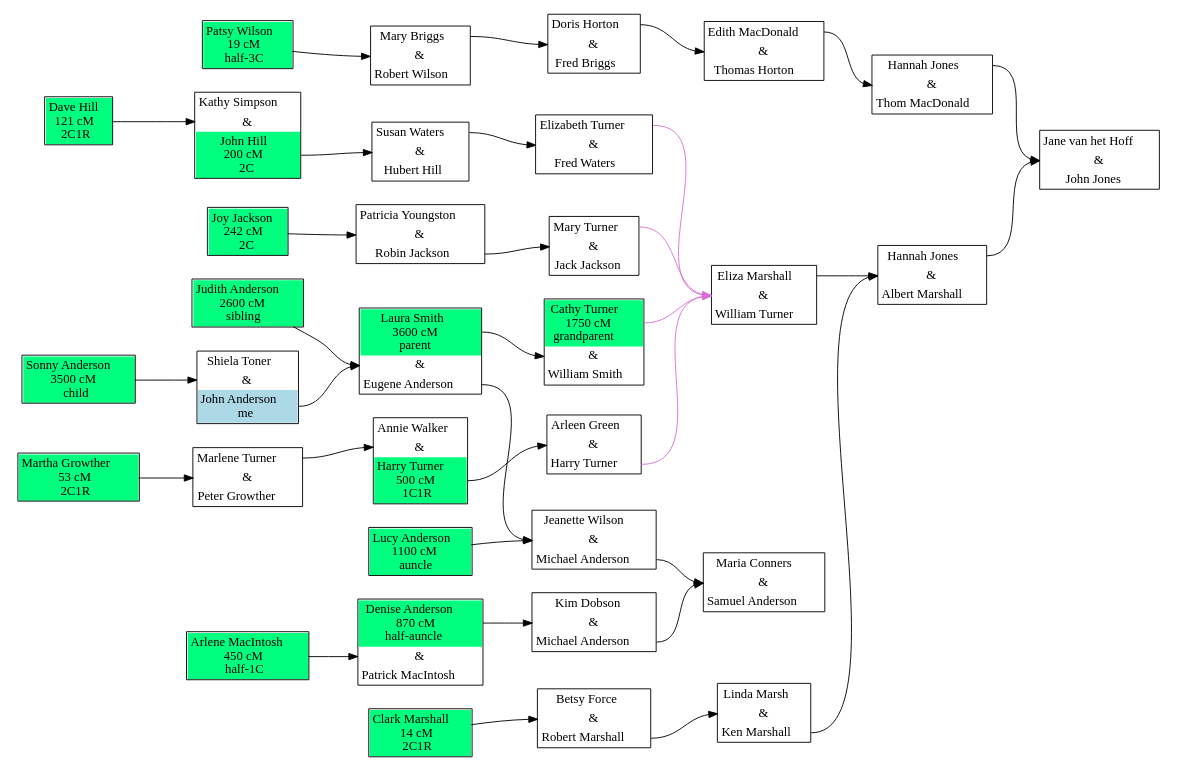
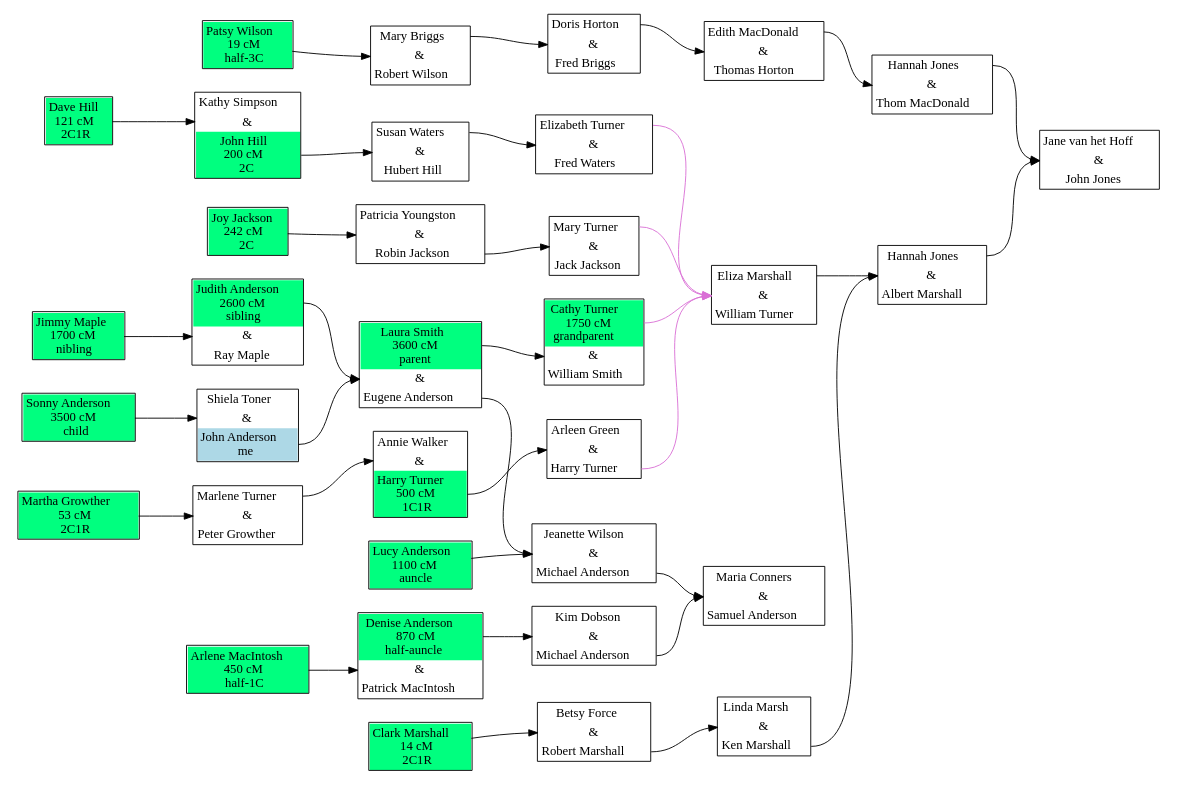
Before and after one commit to johnandrea/draw-dna-matches: the diagram in test-data/larger.dot, drawn with Graphviz. The commit also changed 3 other files, not shown here.

```diff
--- a/test-data/larger.dot
+++ b/test-data/larger.dot
@@ -145,72 +145,79 @@
 <tr><td port="u">&amp;</td></tr>
 <tr><td port="h">Patrick MacIntosh</td></tr>
 </table>>];
-i46 [label=<
+f25 [label=<
 <table cellpadding="3" border="1" cellspacing="0" cellborder="0">
-<tr><td port="i" bgcolor="springgreen">Lucy Anderson<br/>1100 cM<br/>auncle</td></tr>
+<tr><td port="w" bgcolor="springgreen">Judith Anderson<br/>2600 cM<br/>sibling</td></tr>
+<tr><td port="u">&amp;</td></tr>
+<tr><td port="h">Ray Maple</td></tr>
+</table>>];
+i28 [label=<
+<table cellpadding="3" border="1" cellspacing="0" cellborder="0">
+<tr><td port="i" bgcolor="springgreen">Joy Jackson<br/>242 cM<br/>2C</td></tr>
 </table>>];
 i11 [label=<
 <table cellpadding="3" border="1" cellspacing="0" cellborder="0">
 <tr><td port="i" bgcolor="springgreen">Patsy Wilson<br/>19 cM<br/>half-3C</td></tr>
 </table>>];
-i53 [label=<
+i43 [label=<
 <table cellpadding="3" border="1" cellspacing="0" cellborder="0">
-<tr><td port="i" bgcolor="springgreen">Arlene MacIntosh<br/>450 cM<br/>half-1C</td></tr>
+<tr><td port="i" bgcolor="springgreen">Clark Marshall<br/>14 cM<br/>2C1R</td></tr>
 </table>>];
 i48 [label=<
 <table cellpadding="3" border="1" cellspacing="0" cellborder="0">
 <tr><td port="i" bgcolor="springgreen">Sonny Anderson<br/>3500 cM<br/>child</td></tr>
 </table>>];
+i24 [label=<
+<table cellpadding="3" border="1" cellspacing="0" cellborder="0">
+<tr><td port="i" bgcolor="springgreen">Dave Hill<br/>121 cM<br/>2C1R</td></tr>
+</table>>];
+i46 [label=<
+<table cellpadding="3" border="1" cellspacing="0" cellborder="0">
+<tr><td port="i" bgcolor="springgreen">Lucy Anderson<br/>1100 cM<br/>auncle</td></tr>
+</table>>];
 i34 [label=<
 <table cellpadding="3" border="1" cellspacing="0" cellborder="0">
 <tr><td port="i" bgcolor="springgreen">Martha Growther<br/>53 cM<br/>2C1R</td></tr>
 </table>>];
-i49 [label=<
+i53 [label=<
 <table cellpadding="3" border="1" cellspacing="0" cellborder="0">
-<tr><td port="i" bgcolor="springgreen">Judith Anderson<br/>2600 cM<br/>sibling</td></tr>
+<tr><td port="i" bgcolor="springgreen">Arlene MacIntosh<br/>450 cM<br/>half-1C</td></tr>
 </table>>];
-i28 [label=<
+i57 [label=<
 <table cellpadding="3" border="1" cellspacing="0" cellborder="0">
-<tr><td port="i" bgcolor="springgreen">Joy Jackson<br/>242 cM<br/>2C</td></tr>
+<tr><td port="i" bgcolor="springgreen">Jimmy Maple<br/>1700 cM<br/>nibling</td></tr>
 </table>>];
-i24 [label=<
-<table cellpadding="3" border="1" cellspacing="0" cellborder="0">
-<tr><td port="i" bgcolor="springgreen">Dave Hill<br/>121 cM<br/>2C1R</td></tr>
-</table>>];
-i43 [label=<
-<table cellpadding="3" border="1" cellspacing="0" cellborder="0">
-<tr><td port="i" bgcolor="springgreen">Clark Marshall<br/>14 cM<br/>2C1R</td></tr>
-</table>>];
+f19:h -> f18:u;
+f10:h -> f9:u;
+f14:h -> f13:u;
+f3:w -> f2:u;
+f17:w -> f16:u;
+i48:i -> f21:u;
+f11:w -> f7:u [color=orchid];
+i28:i -> f12:u;
+f20:h -> f24:u;
+i53:i -> f23:u;
+f5:w -> f4:u;
+i57:i -> f25:u;
+f7:w -> f6:u;
+f25:w -> f17:u;
+i24:i -> f10:u;
+f22:h -> f24:u;
+f4:w -> f3:u;
+f16:w -> f7:u [color=orchid];
+f8:w -> f7:u [color=orchid];
+i43:i -> f19:u;
+i11:i -> f5:u;
 f9:w -> f8:u;
-i43:i -> f19:u;
-f20:h -> f24:u;
-i11:i -> f5:u;
-f16:w -> f7:u [color=orchid];
-f17:w -> f16:u;
+f13:h -> f7:u [color=orchid];
+f15:w -> f14:u;
+f21:h -> f17:u;
+i34:i -> f15:u;
+f12:h -> f11:u;
+i46:i -> f20:u;
+f17:h -> f20:u;
+f18:h -> f6:u;
 f23:w -> f22:u;
-i46:i -> f20:u;
-f8:w -> f7:u [color=orchid];
-f15:w -> f14:u;
-f7:w -> f6:u;
-f3:w -> f2:u;
-i34:i -> f15:u;
-i49:i -> f17:u;
-f18:h -> f6:u;
-f12:h -> f11:u;
-f19:h -> f18:u;
-f21:h -> f17:u;
-f5:w -> f4:u;
-f13:h -> f7:u [color=orchid];
-i28:i -> f12:u;
-f14:h -> f13:u;
-f11:w -> f7:u [color=orchid];
-f4:w -> f3:u;
-i24:i -> f10:u;
-f17:h -> f20:u;
-i53:i -> f23:u;
+f6:w -> f1:u;
 f2:w -> f1:u;
-f10:h -> f9:u;
-f22:h -> f24:u;
-i48:i -> f21:u;
-f6:w -> f1:u;
 }
```
